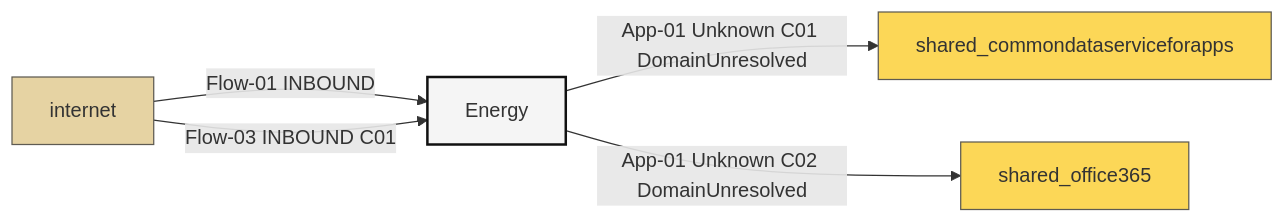
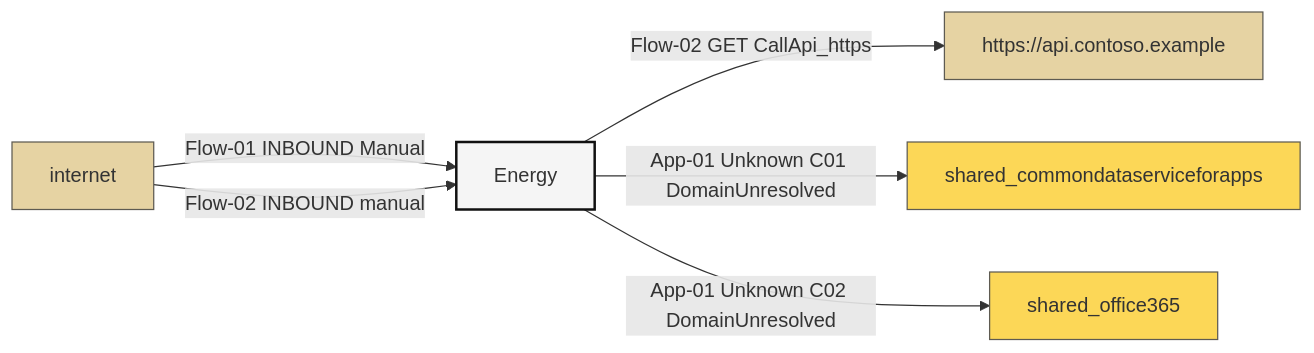
Before and after one commit to autosysops/PowerShell_PowerPlatformChecker: the diagram in tests/fixtures/expected/ExternalInteraction.SingleSolution.MergedEnergy.expected.mermaid.md, drawn with Mermaid. The commit also changed 80 other files, not shown here.

Commit message:
Added option to generate flowcharts for desktop flows and get information from power apps (model and canvas). Also added option to generate external diagrams.

```diff
--- a/tests/fixtures/expected/ExternalInteraction.SingleSolution.MergedEnergy.expected.mermaid.md
+++ b/tests/fixtures/expected/ExternalInteraction.SingleSolution.MergedEnergy.expected.mermaid.md
@@ -1,21 +1,23 @@
 :::mermaid
 graph LR;
 solution_Energy["Energy"]:::Solution
 externaldomain_internet["internet"]:::ExternalDomain
+externaldomain_https_api_contoso_example["https://api.contoso.example"]:::ExternalDomain
 shared_commondataserviceforapps["shared_commondataserviceforapps"]:::Connection
 shared_office365["shared_office365"]:::Connection
-externaldomain_internet -->|Flow-01 INBOUND| solution_Energy
-externaldomain_internet -->|Flow-03 INBOUND C01| solution_Energy
+externaldomain_internet -->|Flow-01 INBOUND Manual| solution_Energy
+externaldomain_internet -->|Flow-02 INBOUND manual| solution_Energy
+solution_Energy -->|Flow-02 GET CallApi_https| externaldomain_https_api_contoso_example
 solution_Energy -->|App-01 Unknown C01 DomainUnresolved| shared_commondataserviceforapps
 solution_Energy -->|App-01 Unknown C02 DomainUnresolved| shared_office365
 classDef default fill:red,stroke:#5E5B52
 classDef Connection fill:#FCD757,stroke:#5E5B52
 classDef Entity fill:#B56784,stroke:#5E5B52
 classDef DefaultEntity fill:#71374D,stroke:#5E5B52
 classDef Flow fill:#DBE4EE,stroke:#5E5B52
 classDef CanvasApp fill:#8BC34A,stroke:#5E5B52
 classDef ModelDrivenApp fill:#7BAFD4,stroke:#5E5B52
 classDef WebResource fill:#D7C8F3,stroke:#5E5B52
 classDef Solution fill:#f5f5f5,stroke:#111111,stroke-width:2px;
 classDef ExternalDomain fill:#E6D3A3,stroke:#5E5B52
 :::
```
